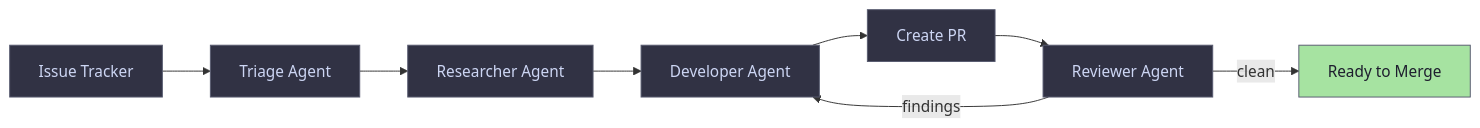
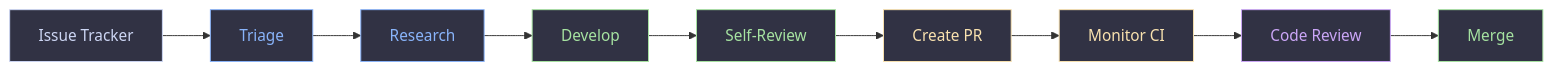
Before and after one commit to xsovad06/sova: the diagram in README.md, drawn with Mermaid. The commit also changed other lines of this file, not shown here.

````diff
--- a/README.md
+++ b/README.md
@@ -27,18 +27,21 @@
 ```mermaid
-flowchart LR
-    A[Issue Tracker] --> B[Triage Agent]
-    B --> C[Researcher Agent]
-    C --> D[Developer Agent]
-    D --> E[Create PR]
-    E --> F[Reviewer Agent]
-    F -->|findings| D
-    F -->|clean| G[Ready to Merge]
+graph LR
+    A[Issue Tracker] --> B[Triage]
+    B --> C[Research]
+    C --> D[Develop]
+    D --> E[Self-Review]
+    E --> F[Create PR]
+    F --> G[Monitor CI]
+    G --> H[Code Review]
+    H --> I[Merge]
 
-    style A fill:#313244,color:#cdd6f4,stroke:#585b70
-    style B fill:#313244,color:#cdd6f4,stroke:#585b70
-    style C fill:#313244,color:#cdd6f4,stroke:#585b70
-    style D fill:#313244,color:#cdd6f4,stroke:#585b70
-    style E fill:#313244,color:#cdd6f4,stroke:#585b70
-    style F fill:#313244,color:#cdd6f4,stroke:#585b70
-    style G fill:#a6e3a1,color:#1e1e2e,stroke:#585b70
+    style A fill:#313244,stroke:#cdd6f4,color:#cdd6f4
+    style B fill:#313244,stroke:#89b4fa,color:#89b4fa
+    style C fill:#313244,stroke:#89b4fa,color:#89b4fa
+    style D fill:#313244,stroke:#a6e3a1,color:#a6e3a1
+    style E fill:#313244,stroke:#a6e3a1,color:#a6e3a1
+    style F fill:#313244,stroke:#f9e2af,color:#f9e2af
+    style G fill:#313244,stroke:#f9e2af,color:#f9e2af
+    style H fill:#313244,stroke:#cba6f7,color:#cba6f7
+    style I fill:#313244,stroke:#a6e3a1,color:#a6e3a1
 ```
````
